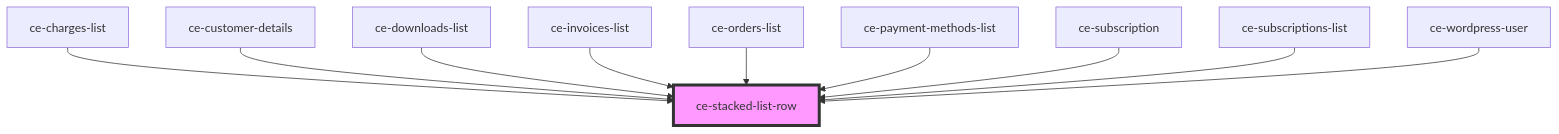
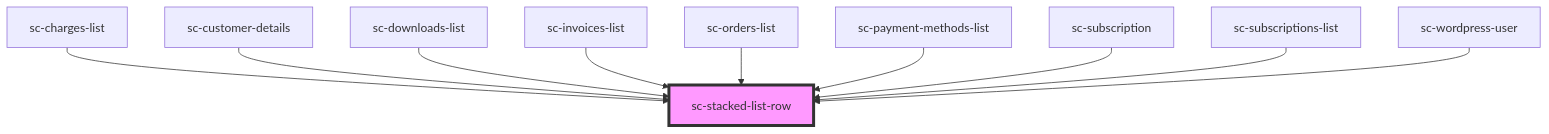
Before and after one commit to surecart/surecart-wp-plugin: the diagram in packages/components/src/components/ui/stacked-list-row/readme.md, drawn with Mermaid. The commit also changed other lines of this file and 1281 other files, not shown here.

````diff
--- a/packages/components/src/components/ui/stacked-list-row/readme.md
+++ b/packages/components/src/components/ui/stacked-list-row/readme.md
@@ -31,13 +31,13 @@
 ```mermaid
 graph TD;
-  ce-charges-list --> ce-stacked-list-row
-  ce-customer-details --> ce-stacked-list-row
-  ce-downloads-list --> ce-stacked-list-row
-  ce-invoices-list --> ce-stacked-list-row
-  ce-orders-list --> ce-stacked-list-row
-  ce-payment-methods-list --> ce-stacked-list-row
-  ce-subscription --> ce-stacked-list-row
-  ce-subscriptions-list --> ce-stacked-list-row
-  ce-wordpress-user --> ce-stacked-list-row
-  style ce-stacked-list-row fill:#f9f,stroke:#333,stroke-width:4px
+  sc-charges-list --> sc-stacked-list-row
+  sc-customer-details --> sc-stacked-list-row
+  sc-downloads-list --> sc-stacked-list-row
+  sc-invoices-list --> sc-stacked-list-row
+  sc-orders-list --> sc-stacked-list-row
+  sc-payment-methods-list --> sc-stacked-list-row
+  sc-subscription --> sc-stacked-list-row
+  sc-subscriptions-list --> sc-stacked-list-row
+  sc-wordpress-user --> sc-stacked-list-row
+  style sc-stacked-list-row fill:#f9f,stroke:#333,stroke-width:4px
 ```
````
